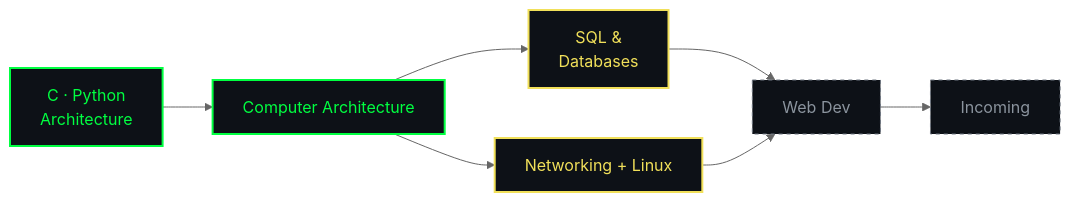
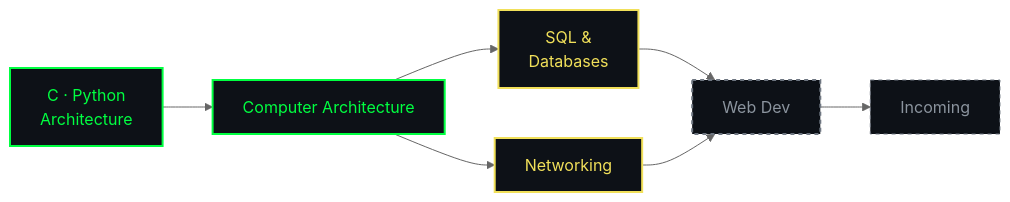
One commit to Y0kina/Y0kina changed the diagram in README.md. Above: the diagram before and after it, drawn with Mermaid (neutral theme).

````diff
--- a/README.md
+++ b/README.md
@@ -106,16 +106,17 @@
 ```mermaid
 flowchart LR
   A["C · Python<br/>Architecture"] --> B["Computer Architecture"]
   B --> C["SQL &<br/>Databases"]
-  B --> D[" Networking + Linux"]
-  C --> E["Web Dev"]
-  D --> E
+  B --> D[" Networking"]
+  C --> E["Linux"]
+  D --> E["Web Dev"]
   E --> F["Incoming"]
 
   classDef done fill:#0D1117,stroke:#00FF41,color:#00FF41,stroke-width:2px;
   classDef wip fill:#0D1117,stroke:#F1E05A,color:#F1E05A,stroke-width:2px;
   classDef next fill:#0D1117,stroke:#6E7681,color:#8B949E,stroke-dasharray:4 4;
   class A,B done;
   class C,D wip;
+  class D,E wip;
   class E,F next;
 ```
````
